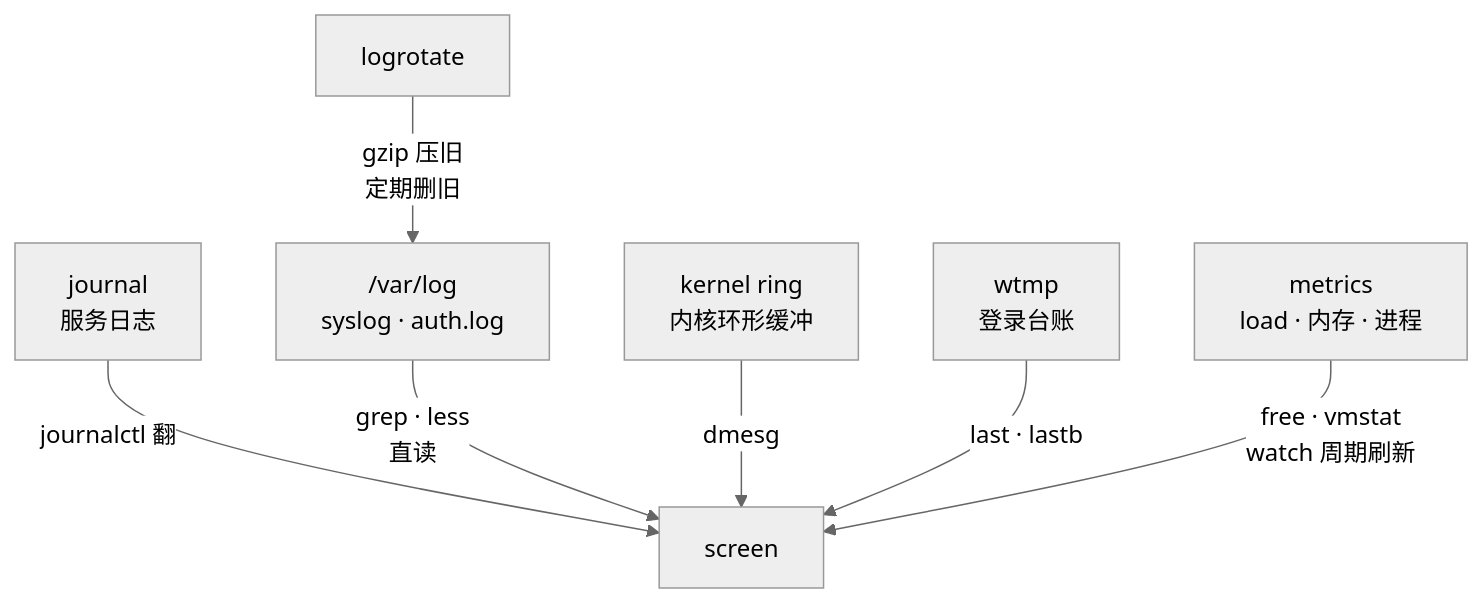
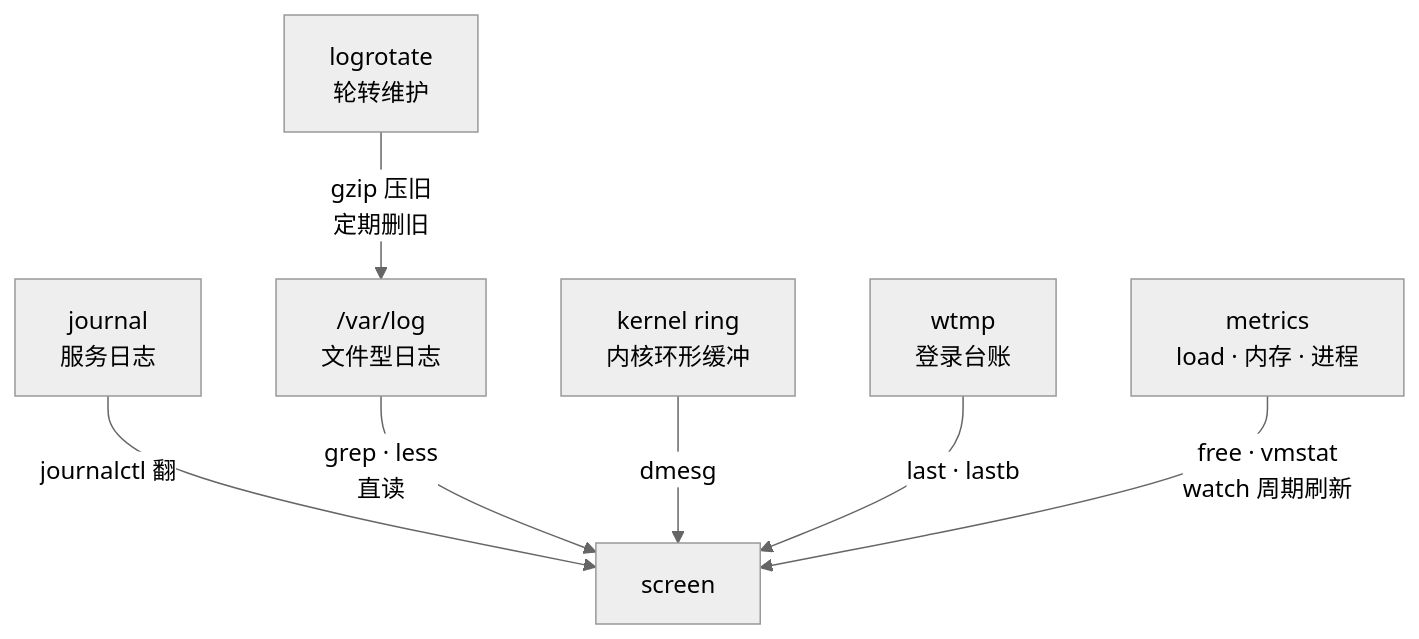
Before and after one commit to wangxiangnan/wangxiangnan.github.io: the diagram in src/linux-command/ch13.md, drawn with Mermaid (neutral theme). The commit also changed other lines of this file and 32 other files, not shown here.

````diff
--- a/src/linux-command/ch13.md
+++ b/src/linux-command/ch13.md
@@ -14,16 +12,16 @@
 ```mermaid
 flowchart TB
     J["journal<br>服务日志"]
-    LOG["/var/log<br>syslog · auth.log"]
+    LOG["/var/log<br>文件型日志"]
     K["kernel ring<br>内核环形缓冲"]
     W["wtmp<br>登录台账"]
-    ROT["logrotate"]
+    ROT["logrotate<br>轮转维护"]
     M["metrics<br>load · 内存 · 进程"]
     S["screen"]
     J -->|"journalctl 翻"| S
     LOG -->|"grep · less<br>直读"| S
     K -->|"dmesg"| S
     W -->|"last · lastb"| S
     M -->|"free · vmstat<br>watch 周期刷新"| S
     ROT -->|"gzip 压旧<br>定期删旧"| LOG
 ```
````
